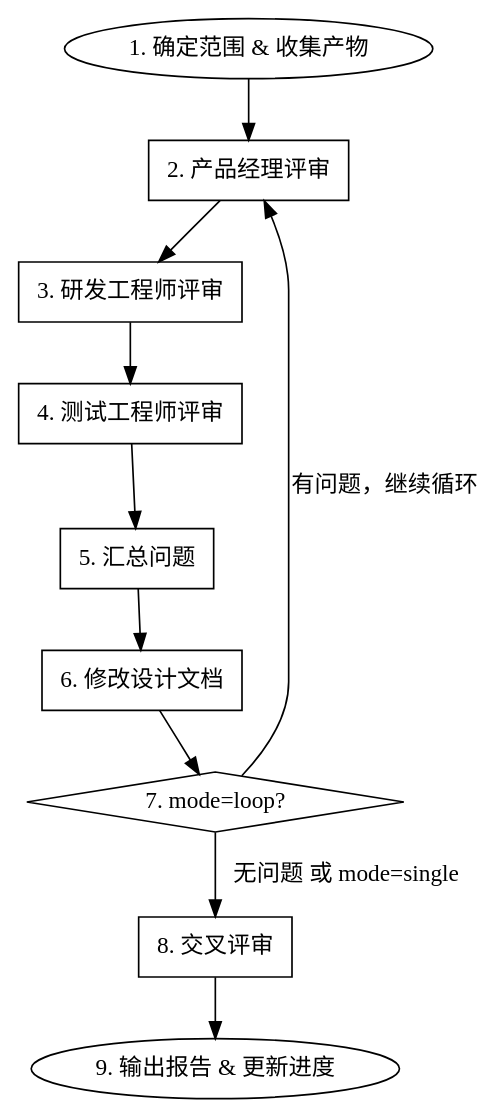
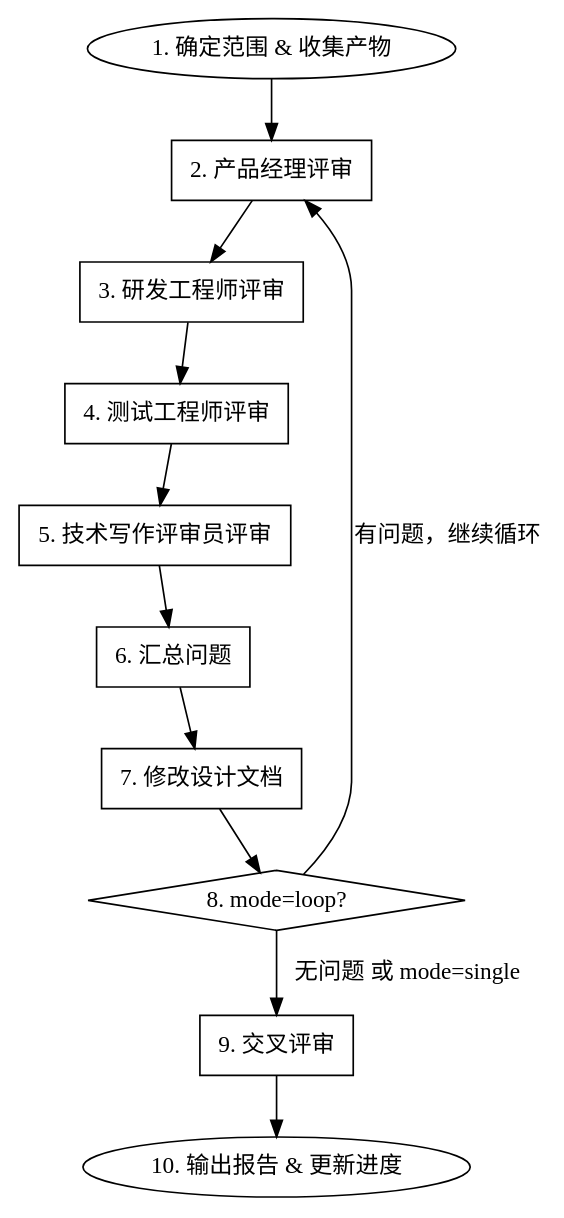
The diagram in skills/design-review/SKILL.md (yucejade/ashhyc), drawn with Graphviz before and after one commit. The commit also changed other lines of this file, not shown here.

````diff
--- a/skills/design-review/SKILL.md
+++ b/skills/design-review/SKILL.md
@@ -38,26 +38,28 @@
 ```dot
 digraph design_review {
     rankdir=TB;
     node [shape=box];
 
     start [label="1. 确定范围 & 收集产物" shape=oval];
     pm_review [label="2. 产品经理评审"];
     dev_review [label="3. 研发工程师评审"];
     qa_review [label="4. 测试工程师评审"];
-    consolidate [label="5. 汇总问题"];
-    fix [label="6. 修改设计文档"];
-    check_loop [label="7. mode=loop?" shape=diamond];
-    cross_review [label="8. 交叉评审"];
-    done [label="9. 输出报告 & 更新进度" shape=oval];
+    writer_review [label="5. 技术写作评审员评审"];
+    consolidate [label="6. 汇总问题"];
+    fix [label="7. 修改设计文档"];
+    check_loop [label="8. mode=loop?" shape=diamond];
+    cross_review [label="9. 交叉评审"];
+    done [label="10. 输出报告 & 更新进度" shape=oval];
 
     start -> pm_review;
     pm_review -> dev_review;
     dev_review -> qa_review;
-    qa_review -> consolidate;
+    qa_review -> writer_review;
+    writer_review -> consolidate;
     consolidate -> fix;
     fix -> check_loop;
     check_loop -> pm_review [label="有问题，继续循环"];
     check_loop -> cross_review [label="无问题 或 mode=single"];
     cross_review -> done;
 }
 ```
````
